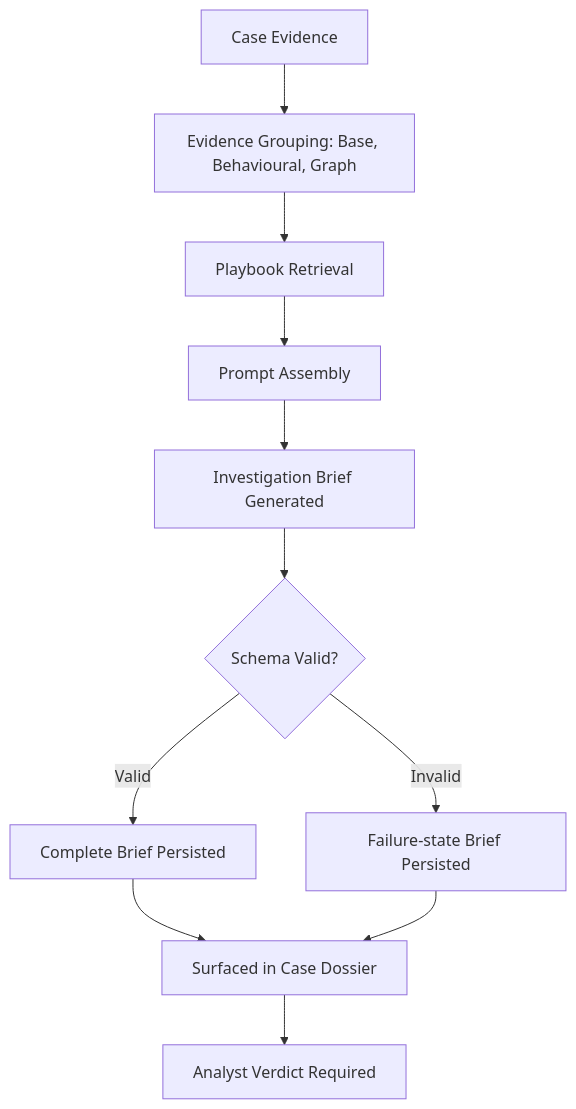
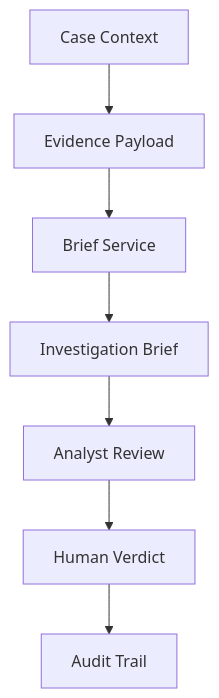
One commit to IjazKakkodDS/transaction-fraud-intelligence-console changed the fourth of 6 diagrams in README.md. Above: the diagram before and after it, drawn with Mermaid. The commit also changed other lines of this file, not shown here.

Commit message:
Simplify README Mermaid syntax

````diff
--- a/README.md
+++ b/README.md
@@ -309,13 +329,17 @@
 ```mermaid
-flowchart TD
-    A["Case Evidence"] --> B["Evidence Grouping: Base, Behavioural, Graph"]
-    B --> C["Playbook Retrieval"]
-    C --> D["Prompt Assembly"]
-    D --> E["Investigation Brief Generated"]
-    E --> F{"Schema Valid?"}
-    F -->|Valid| G["Complete Brief Persisted"]
-    F -->|Invalid| H["Failure-state Brief Persisted"]
-    G --> I["Surfaced in Case Dossier"]
-    H --> I
-    I --> J["Analyst Verdict Required"]
+graph TD
+A[Case Context]
+B[Evidence Payload]
+C[Brief Service]
+D[Investigation Brief]
+E[Analyst Review]
+F[Human Verdict]
+G[Audit Trail]
+
+A --> B
+B --> C
+C --> D
+D --> E
+E --> F
+F --> G
 ```
````
